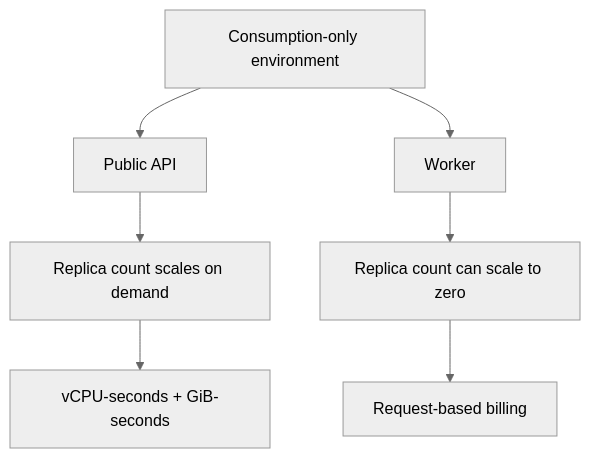
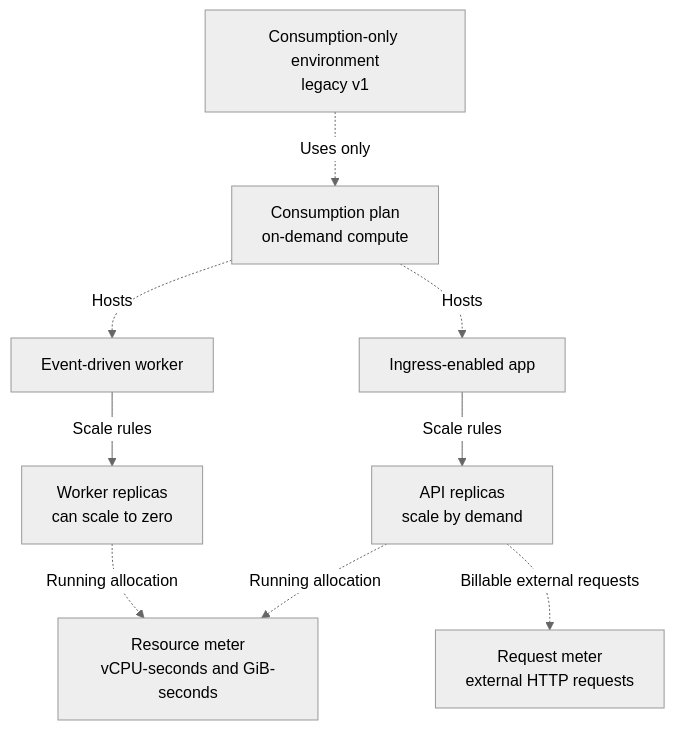
The diagram in docs/platform/environments/consumption-plan.md (yeongseon/azure-container-apps-practical-guide), drawn with Mermaid (neutral theme) before and after one commit. The commit also changed other lines of this file and 14 other files, not shown here.

Commit message:
docs(diagrams): migrate the Container Apps platform diagrams (#615)

````diff
--- a/docs/platform/environments/consumption-plan.md
+++ b/docs/platform/environments/consumption-plan.md
@@ -44,9 +45,23 @@
 ```mermaid
 flowchart TD
-    ENV[Consumption-only environment] --> APP1[Public API]
-    ENV --> APP2[Worker]
-    APP1 --> R1[Replica count scales on demand]
-    APP2 --> R2[Replica count can scale to zero]
-    R1 --> B1[vCPU-seconds + GiB-seconds]
-    R2 --> B2[Request-based billing]
+    accTitle: Consumption-only environment execution and billing model
+    accDescr: A legacy Consumption-only environment hosts apps on the Consumption plan. Scale rules change replica counts, including scale to zero, while running resources and external HTTP requests feed separate billing meters.
+
+    ENV[Consumption-only environment<br/>legacy v1]
+    PLAN[Consumption plan<br/>on-demand compute]
+    API[Ingress-enabled app]
+    WORKER[Event-driven worker]
+    API_SCALE[API replicas<br/>scale by demand]
+    WORKER_SCALE[Worker replicas<br/>can scale to zero]
+    RESOURCE_METER[Resource meter<br/>vCPU-seconds and GiB-seconds]
+    REQUEST_METER[Request meter<br/>external HTTP requests]
+
+    ENV -.->|Uses only| PLAN
+    PLAN -.->|Hosts| API
+    PLAN -.->|Hosts| WORKER
+    API -->|Scale rules| API_SCALE
+    WORKER -->|Scale rules| WORKER_SCALE
+    API_SCALE -.->|Running allocation| RESOURCE_METER
+    WORKER_SCALE -.->|Running allocation| RESOURCE_METER
+    API_SCALE -.->|Billable external requests| REQUEST_METER
 ```
````
